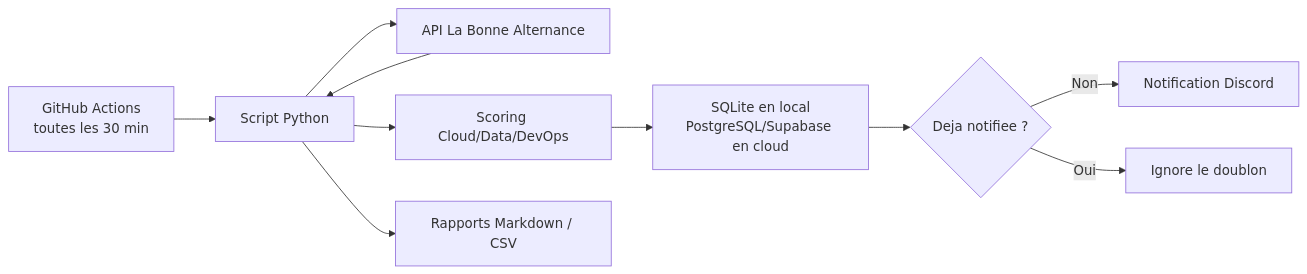
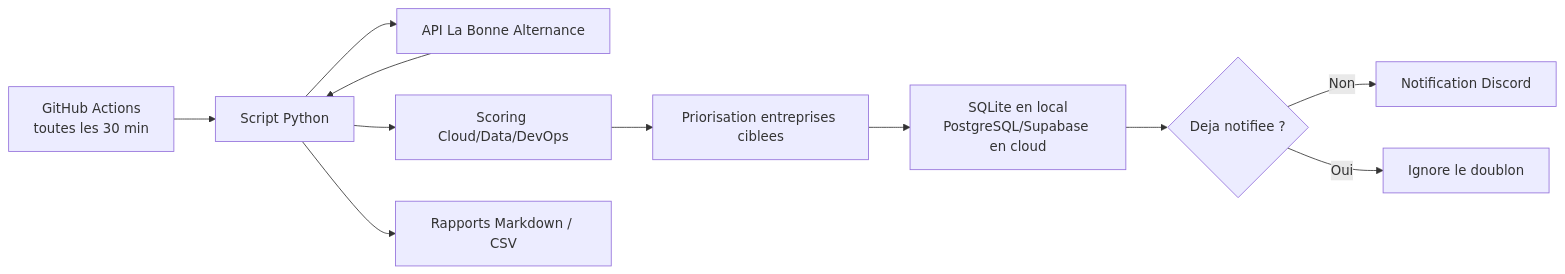
Before and after one commit to pauldpt/alternance-watcher: the diagram in README.md, drawn with Mermaid. The commit also changed other lines of this file and 5 other files, not shown here.

Commit message:
Prioritize target companies in scoring flow

````diff
--- a/README.md
+++ b/README.md
@@ -31,12 +32,13 @@
 ```mermaid
 flowchart LR
     A["GitHub Actions<br/>toutes les 30 min"] --> B["Script Python"]
     B --> C["API La Bonne Alternance"]
     C --> B
     B --> D["Scoring Cloud/Data/DevOps"]
-    D --> E["SQLite en local<br/>PostgreSQL/Supabase en cloud"]
+    D --> J["Priorisation entreprises ciblees"]
+    J --> E["SQLite en local<br/>PostgreSQL/Supabase en cloud"]
     E --> F{"Deja notifiee ?"}
     F -->|Non| G["Notification Discord"]
     F -->|Oui| H["Ignore le doublon"]
     B --> I["Rapports Markdown / CSV"]
 ```
````
